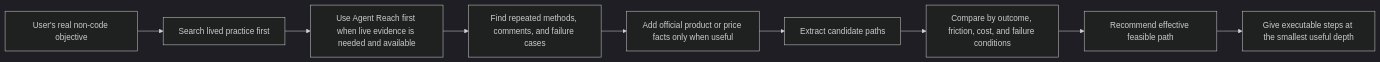
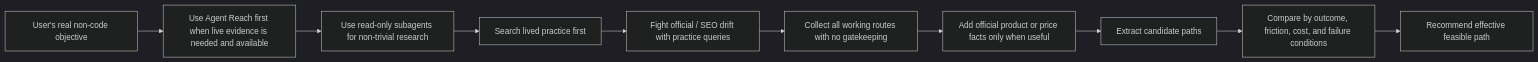
Before and after one commit to Jia-Ethan/pavedpath: the first of 2 diagrams in README.md, drawn with Mermaid (dark theme). The commit also changed other lines of this file and 5 other files, not shown here.

Commit message:
Refine PavedPath no-gatekeeping route collection

````diff
--- a/README.md
+++ b/README.md
@@ -110,11 +115,12 @@
 ```mermaid
 flowchart LR
-  A["User's real non-code objective"] --> B["Search lived practice first"]
-  B --> C["Use Agent Reach first when live evidence is needed and available"]
-  C --> D["Find repeated methods, comments, and failure cases"]
-  D --> E["Add official product or price facts only when useful"]
-  E --> F["Extract candidate paths"]
-  F --> G["Compare by outcome, friction, cost, and failure conditions"]
-  G --> H["Recommend effective feasible path"]
-  H --> I["Give executable steps at the smallest useful depth"]
+  A["User's real non-code objective"] --> B["Use Agent Reach first when live evidence is needed and available"]
+  B --> C["Use read-only subagents for non-trivial research"]
+  C --> D["Search lived practice first"]
+  D --> E["Fight official / SEO drift with practice queries"]
+  E --> F["Collect all working routes with no gatekeeping"]
+  F --> G["Add official product or price facts only when useful"]
+  G --> H["Extract candidate paths"]
+  H --> I["Compare by outcome, friction, cost, and failure conditions"]
+  I --> J["Recommend effective feasible path"]
 ```
````
